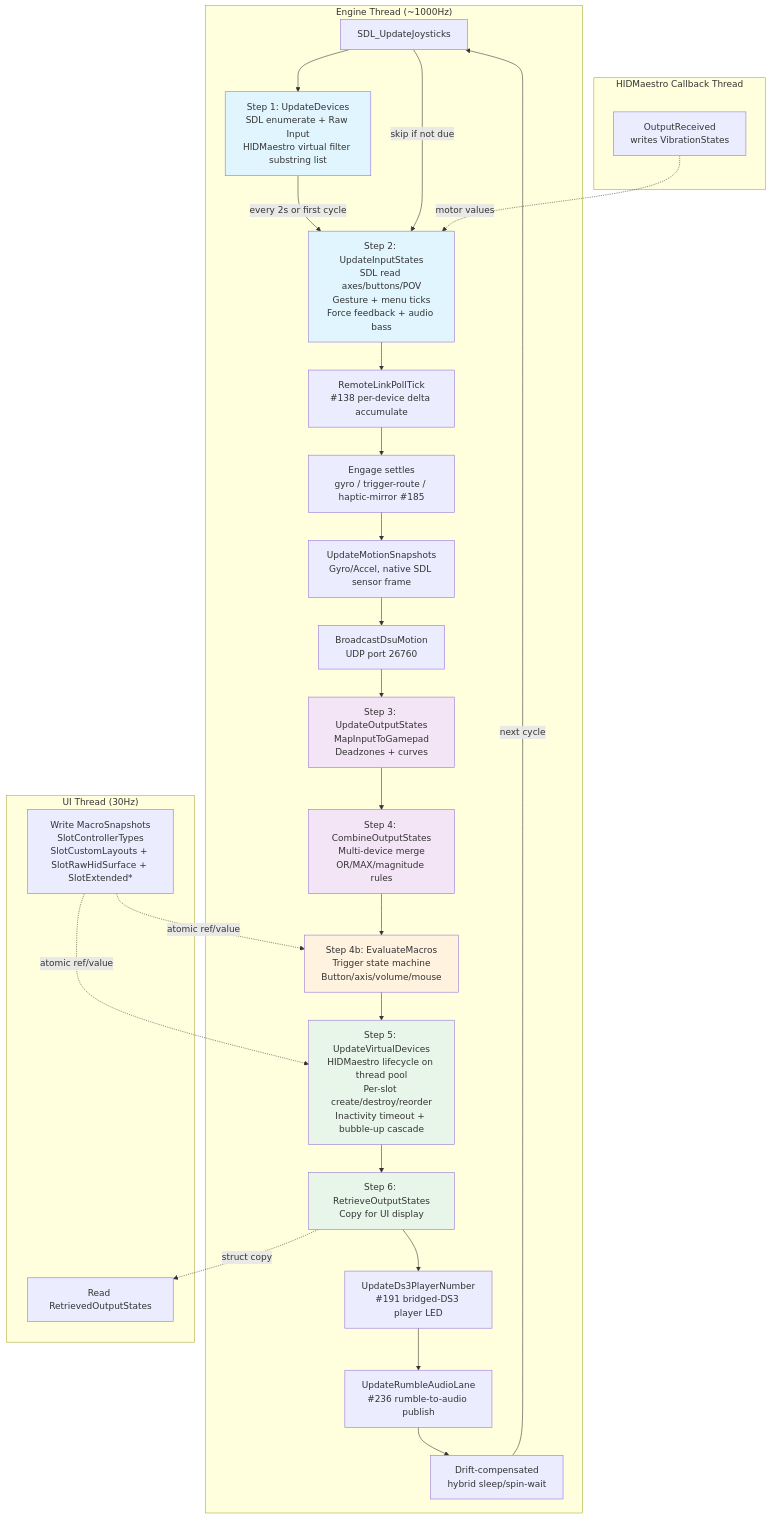
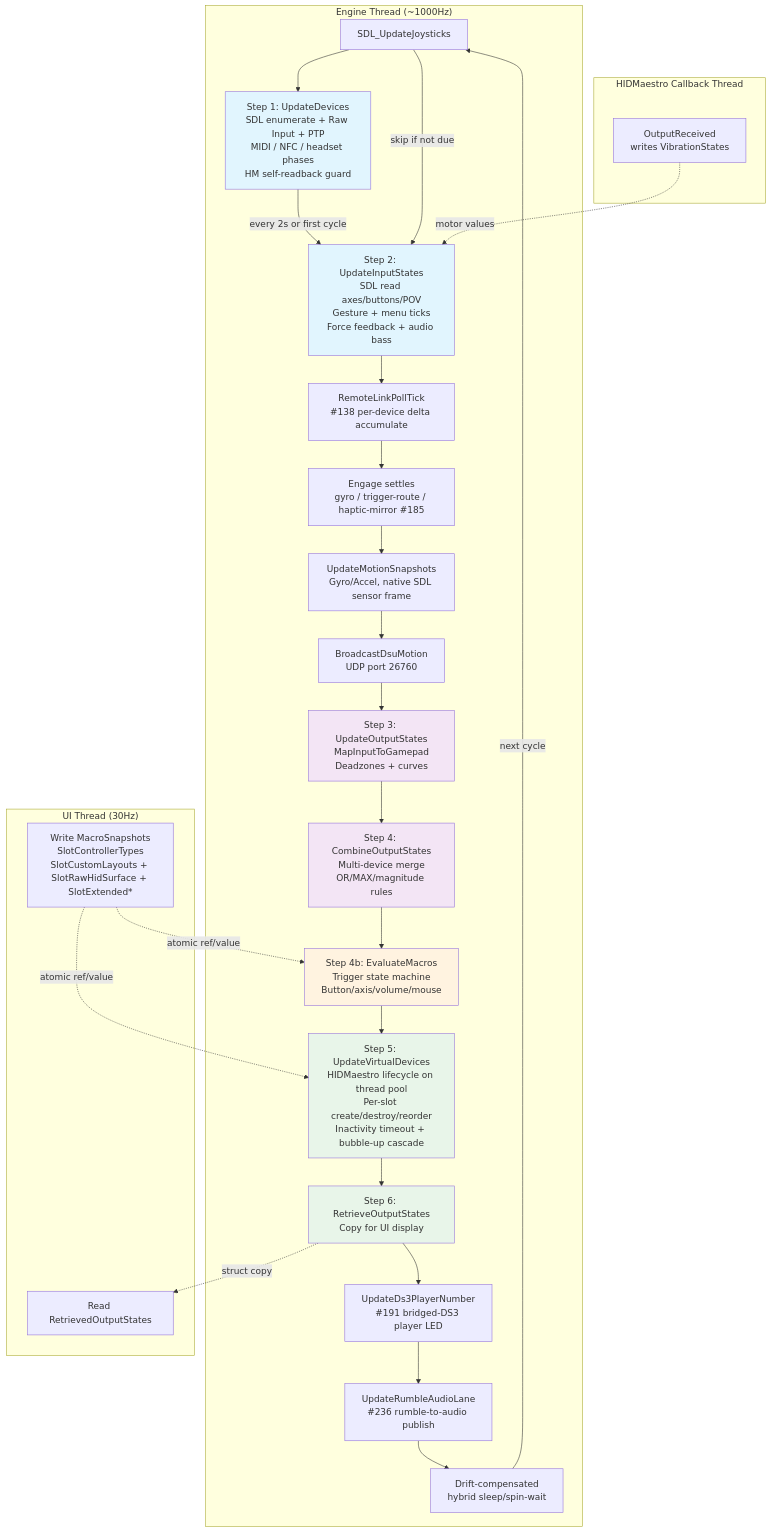
The diagram in wiki/reference/input-pipeline.md (hifihedgehog/padforge.org), drawn with Mermaid before and after one commit. The commit also changed other lines of this file and 138 other files, not shown here.

````diff
--- a/wiki/reference/input-pipeline.md
+++ b/wiki/reference/input-pipeline.md
@@ -9,59 +9,59 @@
 ```mermaid
 graph TD
     subgraph "Engine Thread (~1000Hz)"
         SDL[SDL_UpdateJoysticks]
-        S1[Step 1: UpdateDevices<br/>SDL enumerate + Raw Input<br/>HIDMaestro virtual filter substring list]
+        S1[Step 1: UpdateDevices<br/>SDL enumerate + Raw Input + PTP<br/>MIDI / NFC / headset phases<br/>HM self-readback guard]
         S2[Step 2: UpdateInputStates<br/>SDL read axes/buttons/POV<br/>Gesture + menu ticks<br/>Force feedback + audio bass]
         RL[RemoteLinkPollTick<br/>#138 per-device delta accumulate]
         ENG[Engage settles<br/>gyro / trigger-route / haptic-mirror #185]
         MS[UpdateMotionSnapshots<br/>Gyro/Accel, native SDL sensor frame]
         DSU[BroadcastDsuMotion<br/>UDP port 26760]
         S3[Step 3: UpdateOutputStates<br/>MapInputToGamepad<br/>Deadzones + curves]
         S4[Step 4: CombineOutputStates<br/>Multi-device merge<br/>OR/MAX/magnitude rules]
         S4b[Step 4b: EvaluateMacros<br/>Trigger state machine<br/>Button/axis/volume/mouse]
         S5[Step 5: UpdateVirtualDevices<br/>HIDMaestro lifecycle on thread pool<br/>Per-slot create/destroy/reorder<br/>Inactivity timeout + bubble-up cascade]
         S6[Step 6: RetrieveOutputStates<br/>Copy for UI display]
         DS3[UpdateDs3PlayerNumber<br/>#191 bridged-DS3 player LED]
         RA[UpdateRumbleAudioLane<br/>#236 rumble-to-audio publish]
         WAIT[Drift-compensated<br/>hybrid sleep/spin-wait]
 
         SDL --> S1
         S1 -->|every 2s or first cycle| S2
         SDL -->|skip if not due| S2
         S2 --> RL
         RL --> ENG
         ENG --> MS
         MS --> DSU
         DSU --> S3
         S3 --> S4
         S4 --> S4b
         S4b --> S5
         S5 --> S6
         S6 --> DS3
         DS3 --> RA
         RA --> WAIT
         WAIT -->|next cycle| SDL
     end
 
     subgraph "UI Thread (30Hz)"
         UI_READ[Read RetrievedOutputStates]
         UI_WRITE[Write MacroSnapshots<br/>SlotControllerTypes<br/>SlotCustomLayouts + SlotRawHidSurface + SlotExtended*]
     end
 
     subgraph "HIDMaestro Callback Thread"
         VIB[OutputReceived<br/>writes VibrationStates]
     end
 
     S6 -.->|struct copy| UI_READ
     UI_WRITE -.->|atomic ref/value| S4b
     UI_WRITE -.->|atomic ref/value| S5
     VIB -.->|motor values| S2
 
     style S1 fill:#e1f5fe
     style S2 fill:#e1f5fe
     style S3 fill:#f3e5f5
     style S4 fill:#f3e5f5
     style S4b fill:#fff3e0
     style S5 fill:#e8f5e9
     style S6 fill:#e8f5e9
 ```
````
